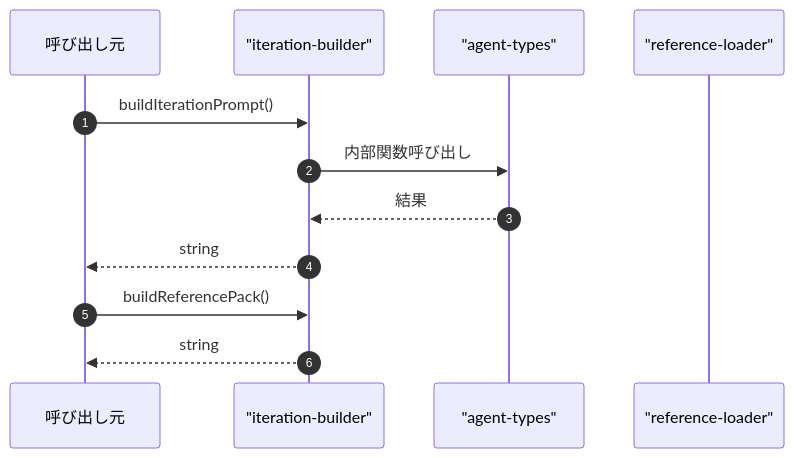
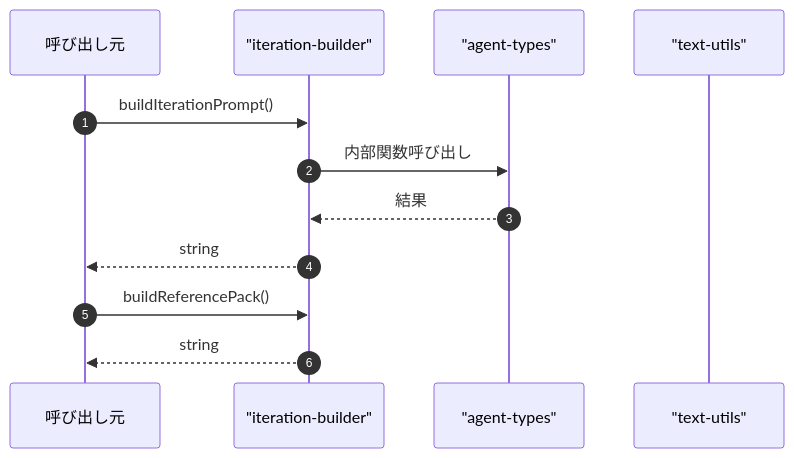
Before and after one commit to Mekann2904/mekann: the fourth of 4 diagrams in ABDD/.pi/extensions/loop/iteration-builder.md, drawn with Mermaid. The commit also changed other lines of this file and 205 other files, not shown here.

````diff
--- a/ABDD/.pi/extensions/loop/iteration-builder.md
+++ b/ABDD/.pi/extensions/loop/iteration-builder.md
@@ -123,16 +124,16 @@
 ```mermaid
 sequenceDiagram
   autonumber
   participant Caller as 呼び出し元
   participant iteration_builder as "iteration-builder"
   participant agent_types as "agent-types"
-  participant reference_loader as "reference-loader"
+  participant text_utils as "text-utils"
 
   Caller->>iteration_builder: buildIterationPrompt()
   iteration_builder->>agent_types: 内部関数呼び出し
   agent_types-->>iteration_builder: 結果
   iteration_builder-->>Caller: string
 
   Caller->>iteration_builder: buildReferencePack()
   iteration_builder-->>Caller: string
 ```
````
